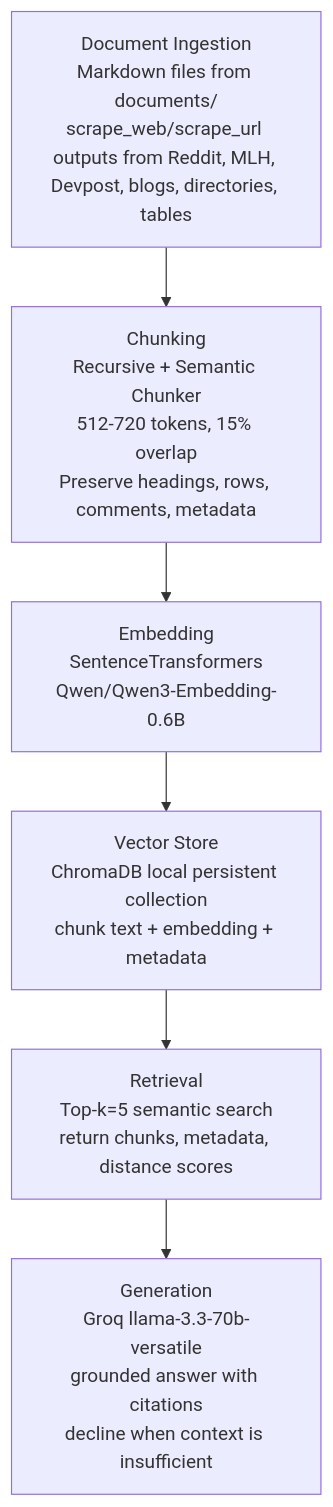
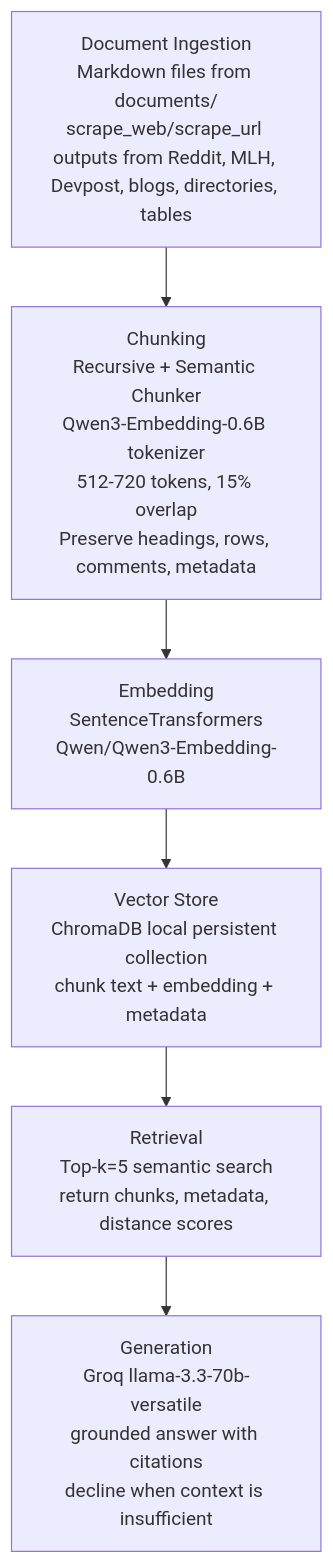
One commit to princymaheshwari/hackathons-guide-rag changed the diagram in planning.md. Above: the diagram before and after it, drawn with Mermaid. The commit also changed other lines of this file and 3 other files, not shown here.

Commit message:
Changed chunking from counting token based on regex token counter to using the actual qwen3 tokenizer so that chunk length in chunks.json matches the actual chunk length created by the embedding model

````diff
--- a/planning.md
+++ b/planning.md
@@ -152,8 +154,8 @@
 ```mermaid
 flowchart TD
-    A["Document Ingestion<br/>Markdown files from documents/<br/>scrape_web/scrape_url outputs from Reddit, MLH, Devpost, blogs, directories, tables"] --> B["Chunking<br/>Recursive + Semantic Chunker<br/>512-720 tokens, 15% overlap<br/>Preserve headings, rows, comments, metadata"]
+    A["Document Ingestion<br/>Markdown files from documents/<br/>scrape_web/scrape_url outputs from Reddit, MLH, Devpost, blogs, directories, tables"] --> B["Chunking<br/>Recursive + Semantic Chunker<br/>Qwen3-Embedding-0.6B tokenizer<br/>512-720 tokens, 15% overlap<br/>Preserve headings, rows, comments, metadata"]
     B --> C["Embedding<br/>SentenceTransformers<br/>Qwen/Qwen3-Embedding-0.6B"]
     C --> D["Vector Store<br/>ChromaDB local persistent collection<br/>chunk text + embedding + metadata"]
     D --> E["Retrieval<br/>Top-k=5 semantic search<br/>return chunks, metadata, distance scores"]
     E --> F["Generation<br/>Groq llama-3.3-70b-versatile<br/>grounded answer with citations<br/>decline when context is insufficient"]
 ```
````
